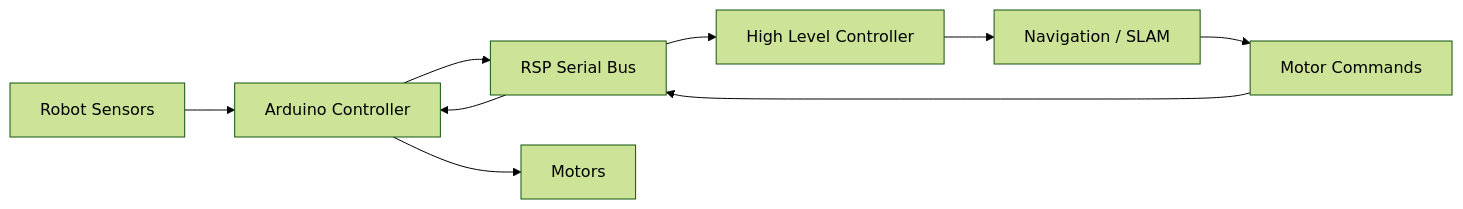
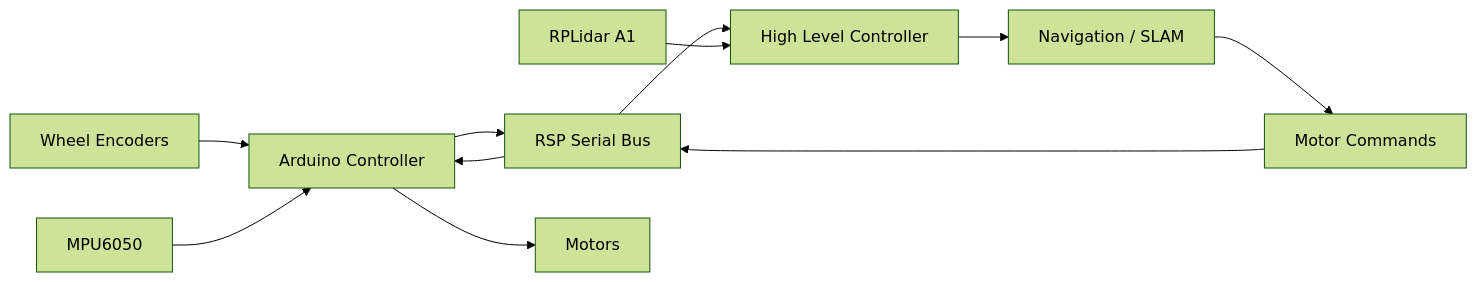
The fourth of 5 diagrams in documentation/Robot_Architecture_Overview.md (ismacarbo/Autonomus-Agent), drawn with Mermaid (forest theme) before and after one commit. The commit also changed other lines of this file and 20 other files, not shown here.

````diff
--- a/documentation/Robot_Architecture_Overview.md
+++ b/documentation/Robot_Architecture_Overview.md
@@ -123,20 +119,24 @@
 ```mermaid
 graph LR
 
-Sensors[Robot Sensors]
+Encoders[Wheel Encoders]
+Imu[MPU6050]
+Lidar[RPLidar A1]
 MCU[Arduino Controller]
 Serial[RSP Serial Bus]
 Host[High Level Controller]
 Algorithms[Navigation / SLAM]
 Commands[Motor Commands]
 Motors[Motors]
 
-Sensors --> MCU
+Encoders --> MCU
+Imu --> MCU
 MCU --> Serial
 Serial --> Host
+Lidar --> Host
 Host --> Algorithms
 Algorithms --> Commands
 Commands --> Serial
 Serial --> MCU
 MCU --> Motors
 ```
````
